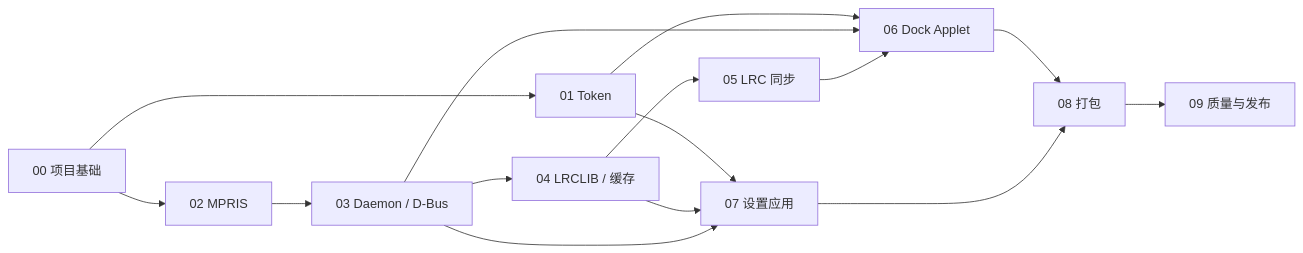
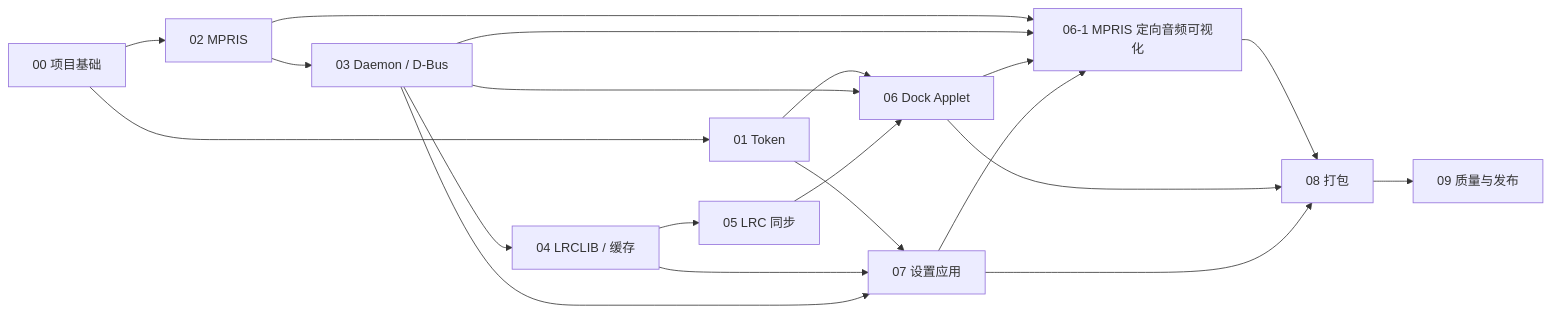
Before and after one commit to PIN-HE/Deepin-Dock-Lyrics: the diagram in specs/README.md, drawn with Mermaid. The commit also changed other lines of this file and 1 other file, not shown here.

Commit message:
docs: specify MPRIS audio visualizer

````diff
--- a/specs/README.md
+++ b/specs/README.md
@@ -34,17 +35,22 @@
 ```mermaid
 flowchart LR
     S00["00 项目基础"] --> S01["01 Token"]
     S00 --> S02["02 MPRIS"]
     S02 --> S03["03 Daemon / D-Bus"]
     S03 --> S04["04 LRCLIB / 缓存"]
     S04 --> S05["05 LRC 同步"]
     S01 --> S06["06 Dock Applet"]
     S03 --> S06
     S05 --> S06
+    S02 --> S061["06-1 MPRIS 定向音频可视化"]
+    S03 --> S061
+    S06 --> S061
+    S07 --> S061
     S01 --> S07["07 设置应用"]
     S04 --> S07
     S03 --> S07
+    S061 --> S08
     S06 --> S08["08 打包"]
     S07 --> S08
     S08 --> S09["09 质量与发布"]
 ```
````
